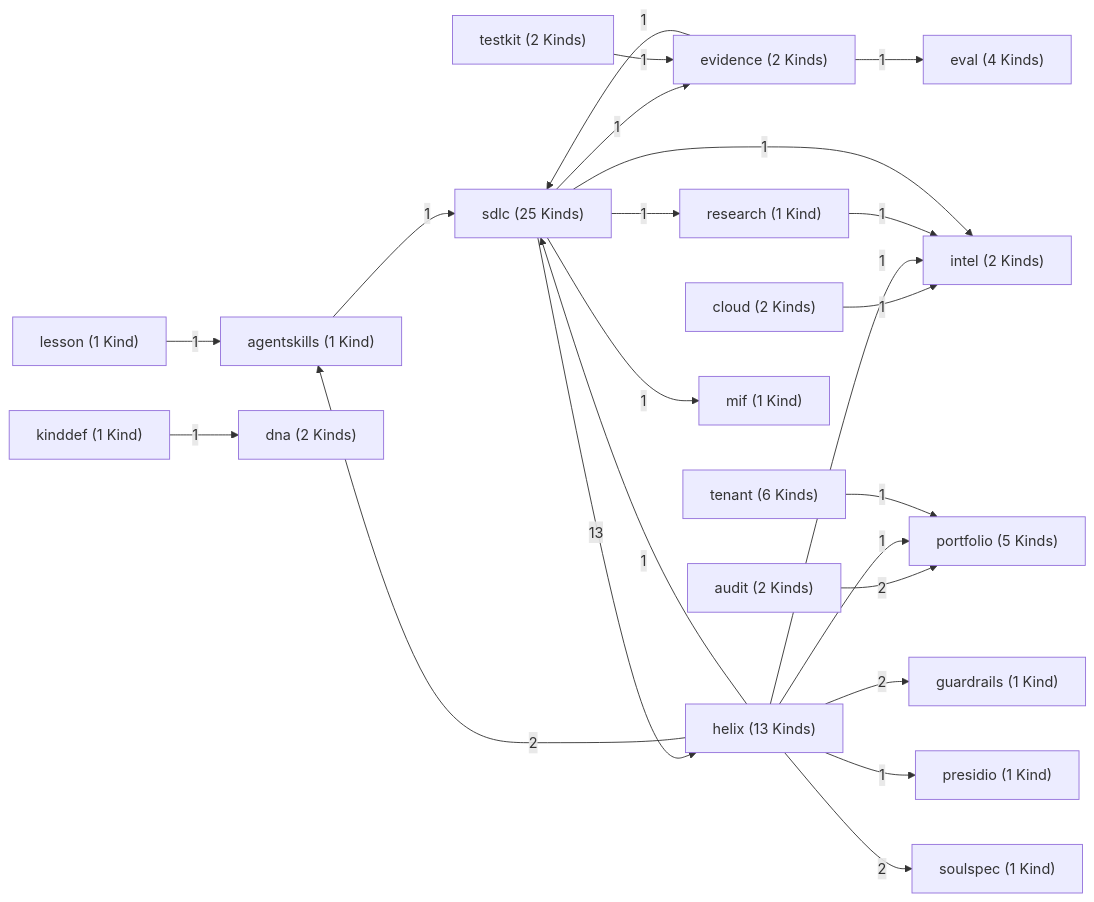
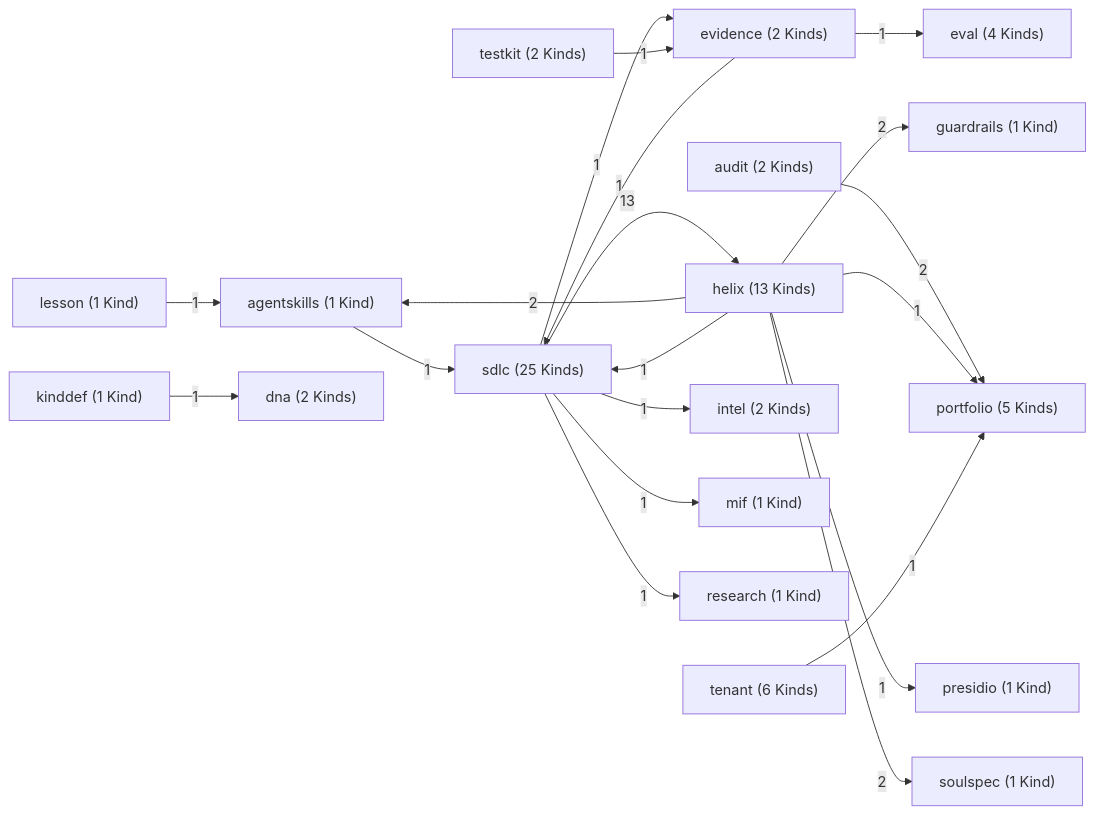
One commit to ruinosus/dna changed the first of 12 diagrams in docs/reference/data-model.md. Above: the diagram before and after it, drawn with Mermaid. The commit also changed other lines of this file and 1 other file, not shown here.

````diff
--- a/docs/reference/data-model.md
+++ b/docs/reference/data-model.md
@@ -84,44 +84,40 @@
 ```mermaid
 flowchart LR
     agentskills["agentskills (1 Kind)"]
     audit["audit (2 Kinds)"]
-    cloud["cloud (2 Kinds)"]
     dna["dna (2 Kinds)"]
     eval["eval (4 Kinds)"]
     evidence["evidence (2 Kinds)"]
     guardrails["guardrails (1 Kind)"]
     helix["helix (13 Kinds)"]
     intel["intel (2 Kinds)"]
     kinddef["kinddef (1 Kind)"]
     lesson["lesson (1 Kind)"]
     mif["mif (1 Kind)"]
     portfolio["portfolio (5 Kinds)"]
     presidio["presidio (1 Kind)"]
     research["research (1 Kind)"]
     sdlc["sdlc (25 Kinds)"]
     soulspec["soulspec (1 Kind)"]
     tenant["tenant (6 Kinds)"]
     testkit["testkit (2 Kinds)"]
     agentskills -->|1| sdlc
     audit -->|2| portfolio
-    cloud -->|1| intel
     evidence -->|1| eval
     evidence -->|1| sdlc
     helix -->|2| agentskills
     helix -->|2| guardrails
-    helix -->|1| intel
     helix -->|1| portfolio
     helix -->|1| presidio
     helix -->|1| sdlc
     helix -->|2| soulspec
     kinddef -->|1| dna
     lesson -->|1| agentskills
-    research -->|1| intel
     sdlc -->|1| evidence
     sdlc -->|13| helix
     sdlc -->|1| intel
     sdlc -->|1| mif
     sdlc -->|1| research
     tenant -->|1| portfolio
     testkit -->|1| evidence
 ```
````
